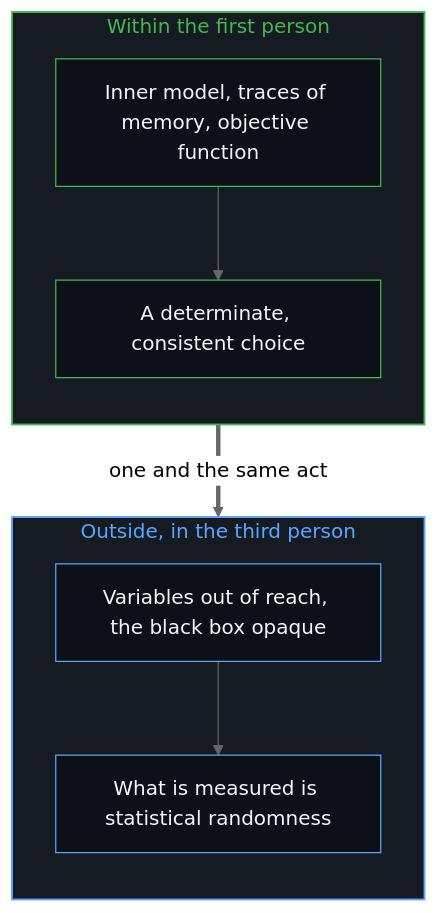
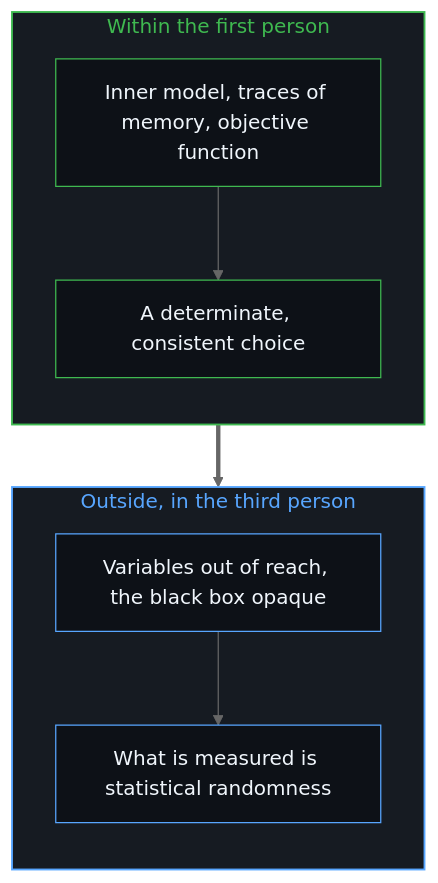
One commit to powerpig99/not-a-toe changed the second of 2 diagrams in content/posts/zi-you-de-ce-bu-zhun.md. Above: the diagram before and after it, drawn with Mermaid (neutral theme). The commit also changed other lines of this file and 12 other files, not shown here.

````diff
--- a/content/posts/zi-you-de-ce-bu-zhun.md
+++ b/content/posts/zi-you-de-ce-bu-zhun.md
@@ -72,22 +68,22 @@
 ```mermaid
 flowchart TD
     subgraph S_In["Within the first person"]
         direction TB
         I1["Inner model, traces of memory, objective function"]
         I2["A determinate, consistent choice"]
     end
     subgraph S_Out["Outside, in the third person"]
         direction TB
         O1["Variables out of reach, the black box opaque"]
         O2["What is measured is statistical randomness"]
     end
     I1 --> I2
-    I2 ==>|"one and the same act"| O1
+    I2 ==> O1
     O1 --> O2
     style S_In fill:#161b22,stroke:#3fb950,stroke-width:1.5px,color:#3fb950
     style S_Out fill:#161b22,stroke:#58a6ff,stroke-width:1.5px,color:#58a6ff
     style I1 fill:#0d1117,stroke:#3fb950,stroke-width:1px,color:#f0f6fc
     style I2 fill:#0d1117,stroke:#3fb950,stroke-width:1px,color:#f0f6fc
     style O1 fill:#0d1117,stroke:#58a6ff,stroke-width:1px,color:#f0f6fc
     style O2 fill:#0d1117,stroke:#58a6ff,stroke-width:1px,color:#f0f6fc
 ```
````
